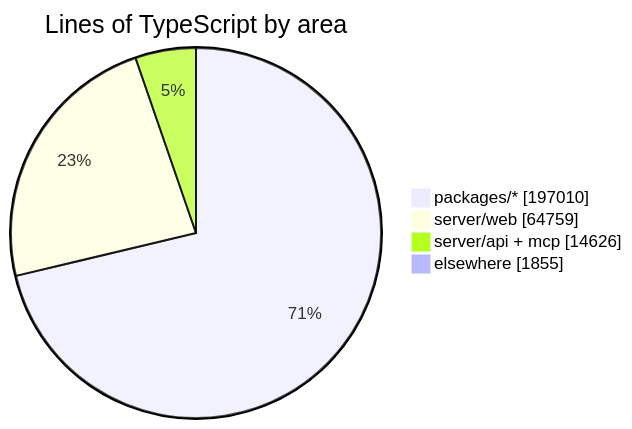
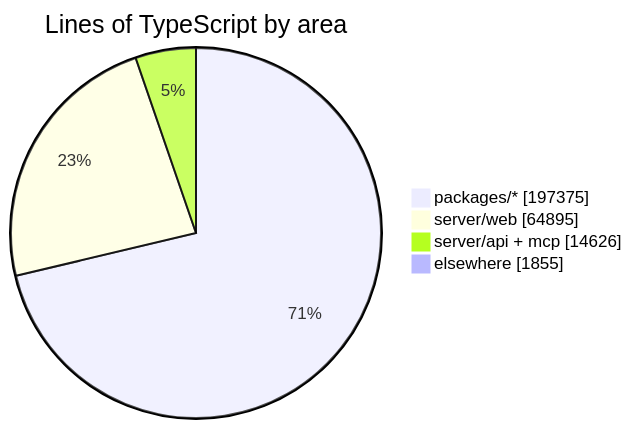
The diagram in README.md (crossworks-engineering/mantle), drawn with Mermaid before and after one commit. The commit also changed other lines of this file and 2 other files, not shown here.

````diff
--- a/README.md
+++ b/README.md
@@ -287,7 +287,7 @@
 ```mermaid
 pie showData title Lines of TypeScript by area
-    "packages/*" : 197010
-    "server/web" : 64759
+    "packages/*" : 197375
+    "server/web" : 64895
     "server/api + mcp" : 14626
     "elsewhere" : 1855
 ```
````
